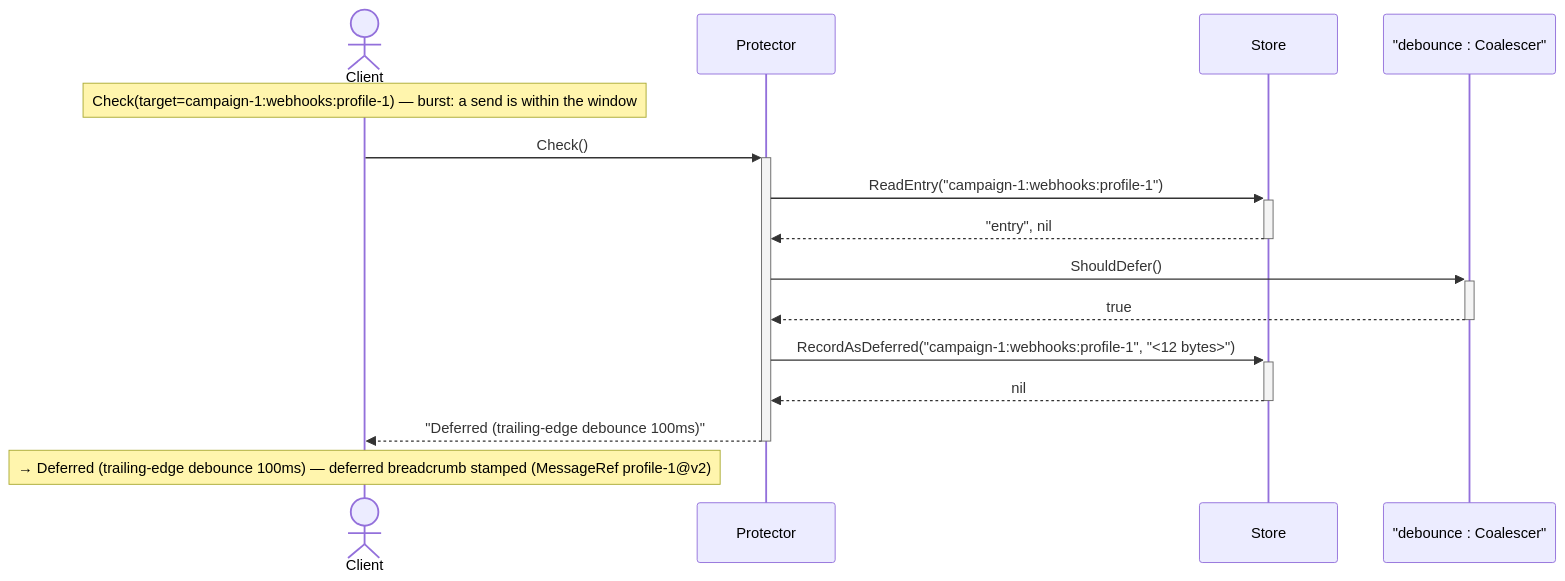
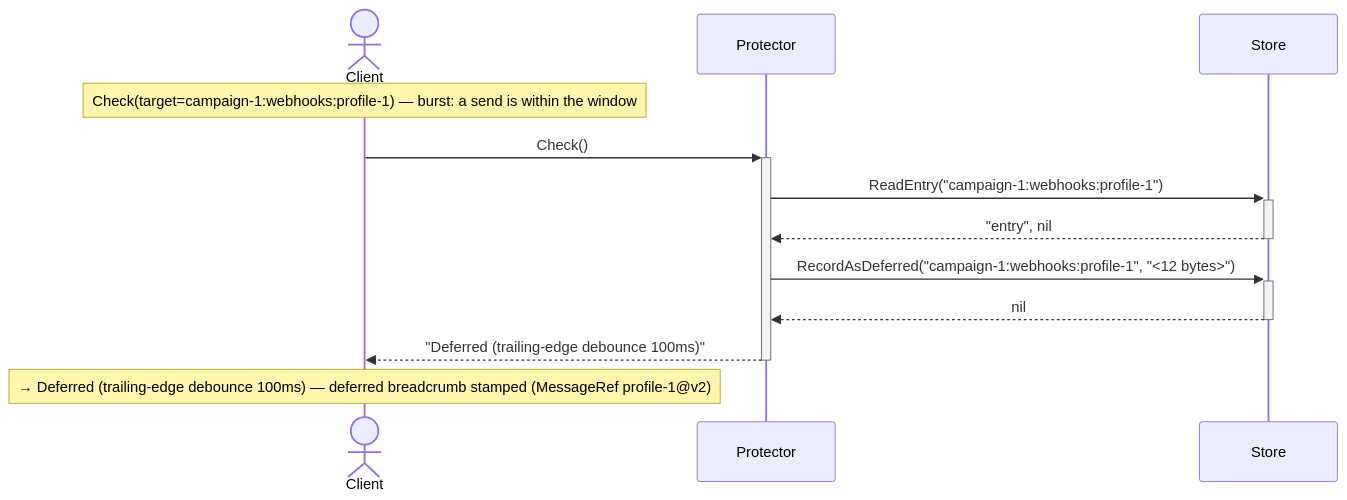
Before and after one commit to homemade/pith: the second of 4 diagrams in internal/core/sequence_read_test.md, drawn with Mermaid. The commit also changed other lines of this file and 13 other files, not shown here.

````diff
--- a/internal/core/sequence_read_test.md
+++ b/internal/core/sequence_read_test.md
@@ -33,18 +30,15 @@
 ```mermaid
 sequenceDiagram
     actor Client
     participant Protector
     participant Store
-    participant Debounce as "debounce : Coalescer"
 
     Note over Client: Check(target=campaign-1:webhooks:profile-1) — burst: a send is within the window
     Client->>+Protector: Check()
     Protector->>+Store: ReadEntry("campaign-1:webhooks:profile-1")
     Store-->>-Protector: "entry", nil
-    Protector->>+Debounce: ShouldDefer()
-    Debounce-->>-Protector: true
     Protector->>+Store: RecordAsDeferred("campaign-1:webhooks:profile-1", "<12 bytes>")
     Store-->>-Protector: nil
     Protector-->>-Client: "Deferred (trailing-edge debounce 100ms)"
     Note over Client: → Deferred (trailing-edge debounce 100ms) — deferred breadcrumb stamped (MessageRef profile-1@v2)
 ```
````
